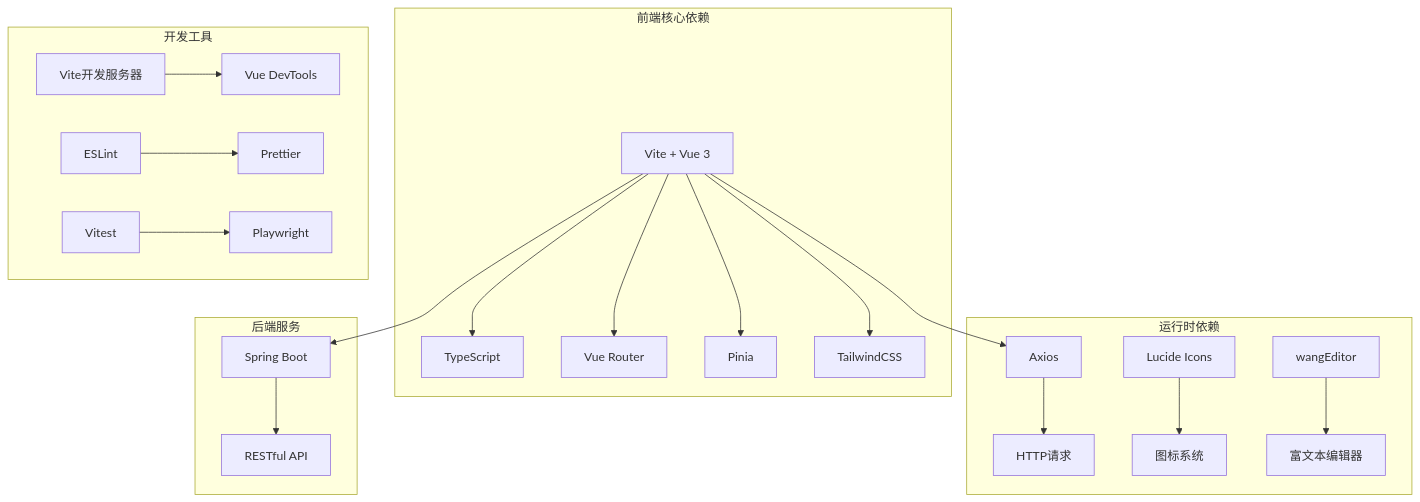
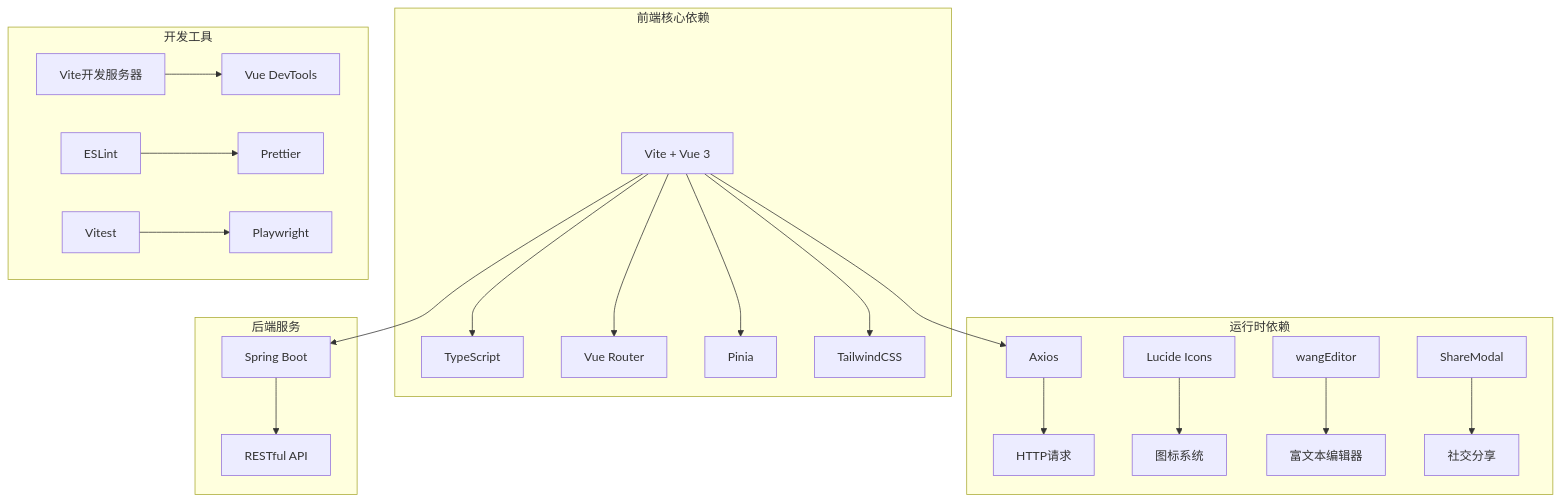
One commit to 20164206160/zhishilu changed diagram 20 of 21 in .qoder/repowiki/zh/content/Vue组件库.md. Above: the diagram before and after it, drawn with Mermaid. The commit also changed other lines of this file and 16 other files, not shown here.

````diff
--- a/.qoder/repowiki/zh/content/Vue组件库.md
+++ b/.qoder/repowiki/zh/content/Vue组件库.md
@@ -644,24 +754,25 @@
 ```mermaid
 graph TB
 subgraph "前端核心依赖"
 Vue[Vite + Vue 3] --> TS[TypeScript]
 Vue --> Router[Vue Router]
 Vue --> Pinia[Pinia]
 Vue --> Tailwind[TailwindCSS]
 end
 subgraph "开发工具"
 Vite[Vite开发服务器] --> DevTools[Vue DevTools]
 ESLint[ESLint] --> Prettier[Prettier]
 Vitest[Vitest] --> Playwright[Playwright]
 end
 subgraph "运行时依赖"
 Axios[Axios] --> Request[HTTP请求]
 Lucide[Lucide Icons] --> UI[图标系统]
 wangEditor[wangEditor] --> RichEditor[富文本编辑器]
+ShareModal[ShareModal] --> Social[社交分享]
 end
 subgraph "后端服务"
 SpringBoot[Spring Boot] --> API[RESTful API]
 end
 Vue --> Axios
 Vue --> SpringBoot
 ```
````
